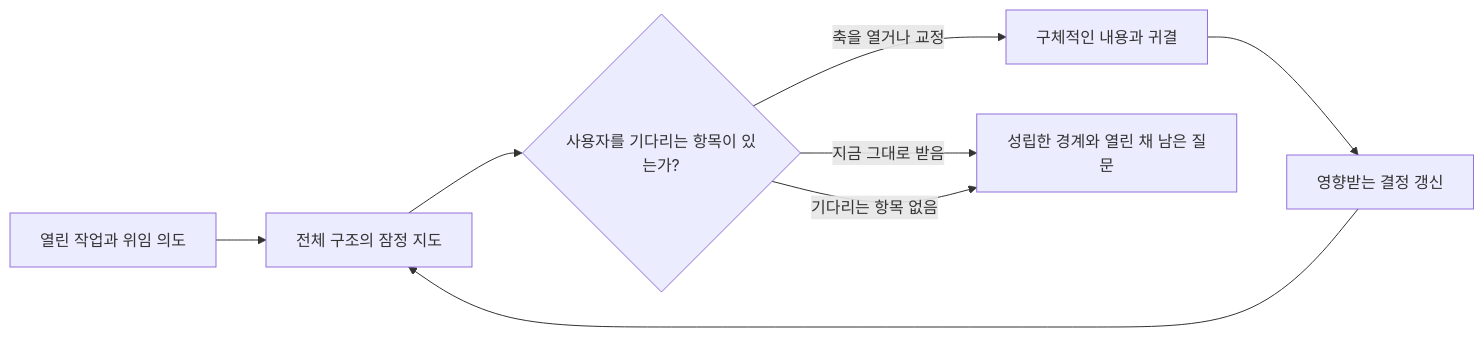
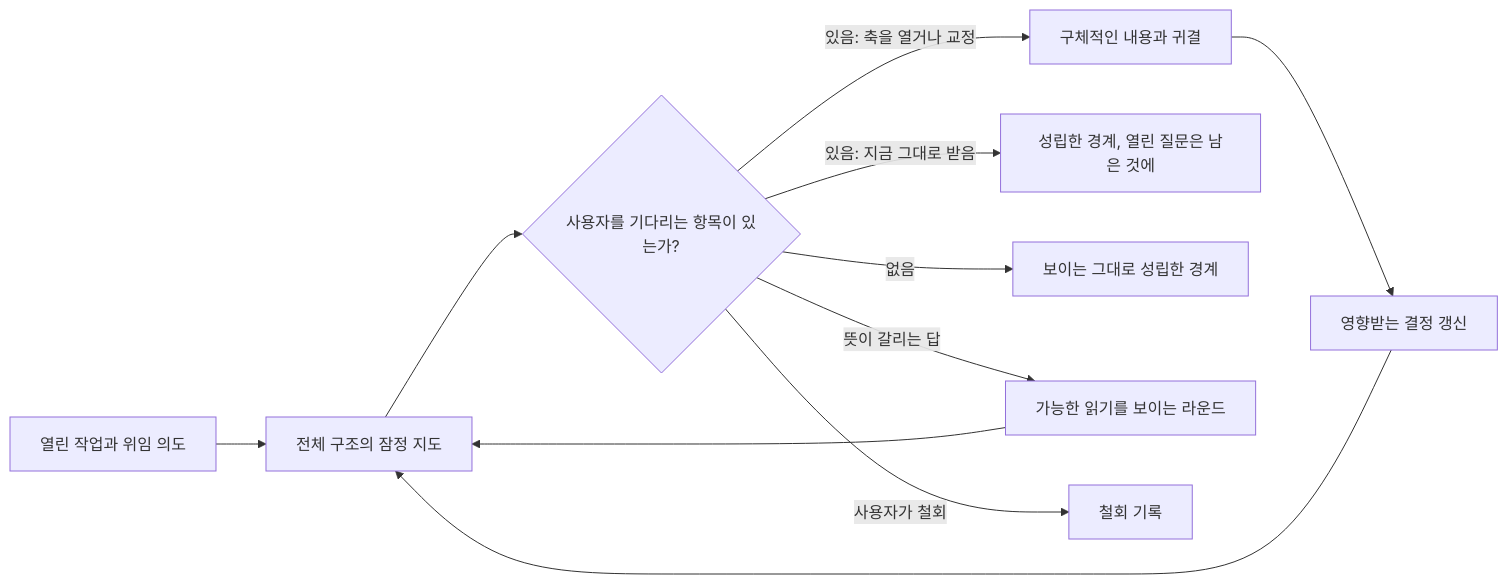
One commit to jongwony/epistemic-protocols changed the diagram in horismos/README_ko.md. Above: the diagram before and after it, drawn with Mermaid. The commit also changed other lines of this file and 5 other files, not shown here.

````diff
--- a/horismos/README_ko.md
+++ b/horismos/README_ko.md
@@ -9,10 +9,13 @@
 ```mermaid
 flowchart LR
     A[열린 작업과 위임 의도] --> B[전체 구조의 잠정 지도]
     B --> C{사용자를 기다리는 항목이 있는가?}
-    C -->|축을 열거나 교정| D[구체적인 내용과 귀결]
+    C -->|있음: 축을 열거나 교정| D[구체적인 내용과 귀결]
     D --> E[영향받는 결정 갱신]
     E --> B
-    C -->|지금 그대로 받음| F[성립한 경계와 열린 채 남은 질문]
-    C -->|기다리는 항목 없음| F
+    C -->|있음: 지금 그대로 받음| F[성립한 경계, 열린 질문은 남은 것에]
+    C -->|없음| G[보이는 그대로 성립한 경계]
+    C -->|뜻이 갈리는 답| H[가능한 읽기를 보이는 라운드]
+    H --> B
+    C -->|사용자가 철회| W[철회 기록]
 ```
````
